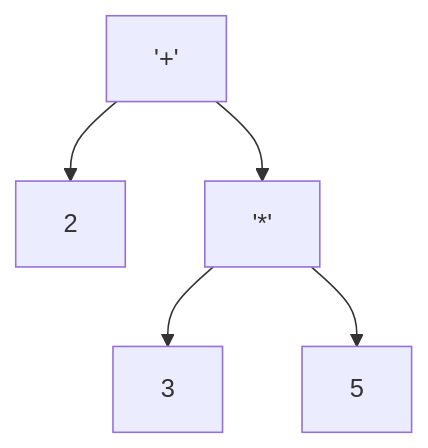
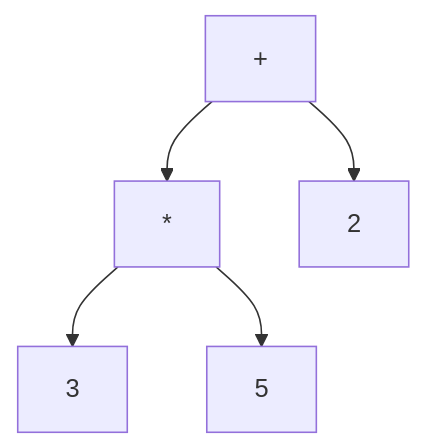
Before and after one commit to djaimej/computer-science-template: the second of 4 diagrams in public/documents/semester-2/2/22104.md, drawn with Mermaid. The commit also changed other lines of this file and 44 other files, not shown here.

````diff
--- a/public/documents/semester-2/2/22104.md
+++ b/public/documents/semester-2/2/22104.md
@@ -93,7 +93,7 @@
 ```mermaid
 flowchart TD
-    '+' --> '*'
-    '+' --> 2
-    '*' --> 3
-    '*' --> 5
+    A["+"] --> B["*"]
+    A --> C["2"]
+    B --> D["3"]
+    B --> E["5"]
 ```
````
